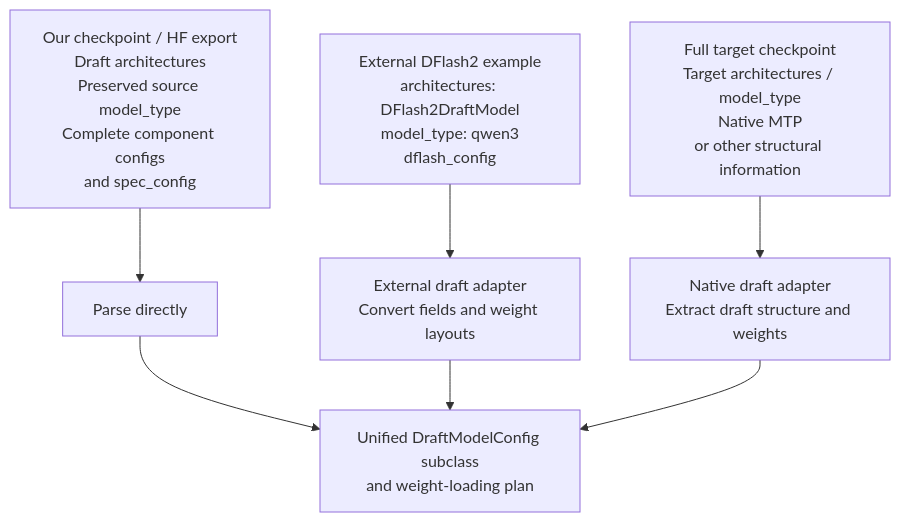
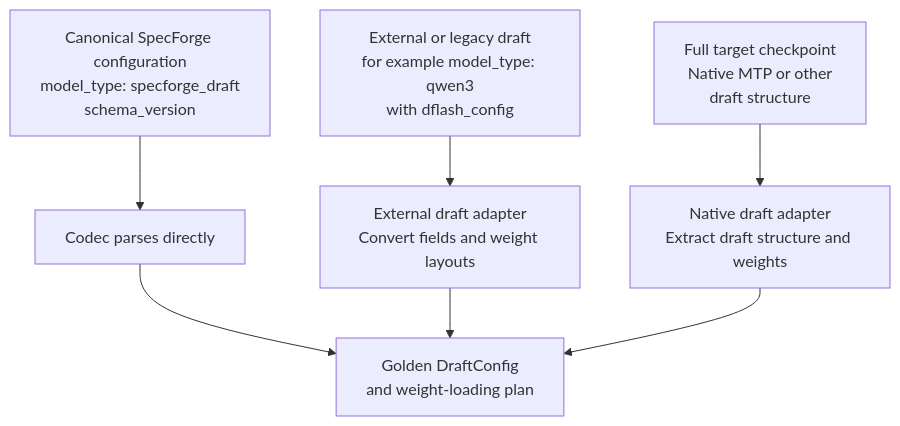
The second of 2 diagrams in docs/config_usage_graph-eng.md (sgl-project/SpecForge), drawn with Mermaid before and after one commit. The commit also changed other lines of this file and 1 other file, not shown here.

First line of the commit message:
docs: restructure draft config and model design docs

````diff
--- a/docs/config_usage_graph-eng.md
+++ b/docs/config_usage_graph-eng.md
@@ -125,14 +166,14 @@
 ```mermaid
 flowchart TB
-    A["Our checkpoint / HF export<br/>Draft architectures<br/>Preserved source model_type<br/>Complete component configs<br/>and spec_config"]
-    B["External DFlash2 example<br/>architectures: DFlash2DraftModel<br/>model_type: qwen3<br/>dflash_config"]
-    C["Full target checkpoint<br/>Target architectures / model_type<br/>Native MTP<br/>or other structural information"]
+    A["Canonical SpecForge configuration<br/>model_type: specforge_draft<br/>schema_version"]
+    B["External or legacy draft<br/>for example model_type: qwen3<br/>with dflash_config"]
+    C["Full target checkpoint<br/>Native MTP or other<br/>draft structure"]
 
-    A --> D["Parse directly"]
+    A --> D["Codec parses directly"]
     B --> E["External draft adapter<br/>Convert fields and weight layouts"]
     C --> F["Native draft adapter<br/>Extract draft structure and weights"]
 
-    D --> G["Unified DraftModelConfig subclass<br/>and weight-loading plan"]
+    D --> G["Golden DraftConfig<br/>and weight-loading plan"]
     E --> G
     F --> G
 ```
````
